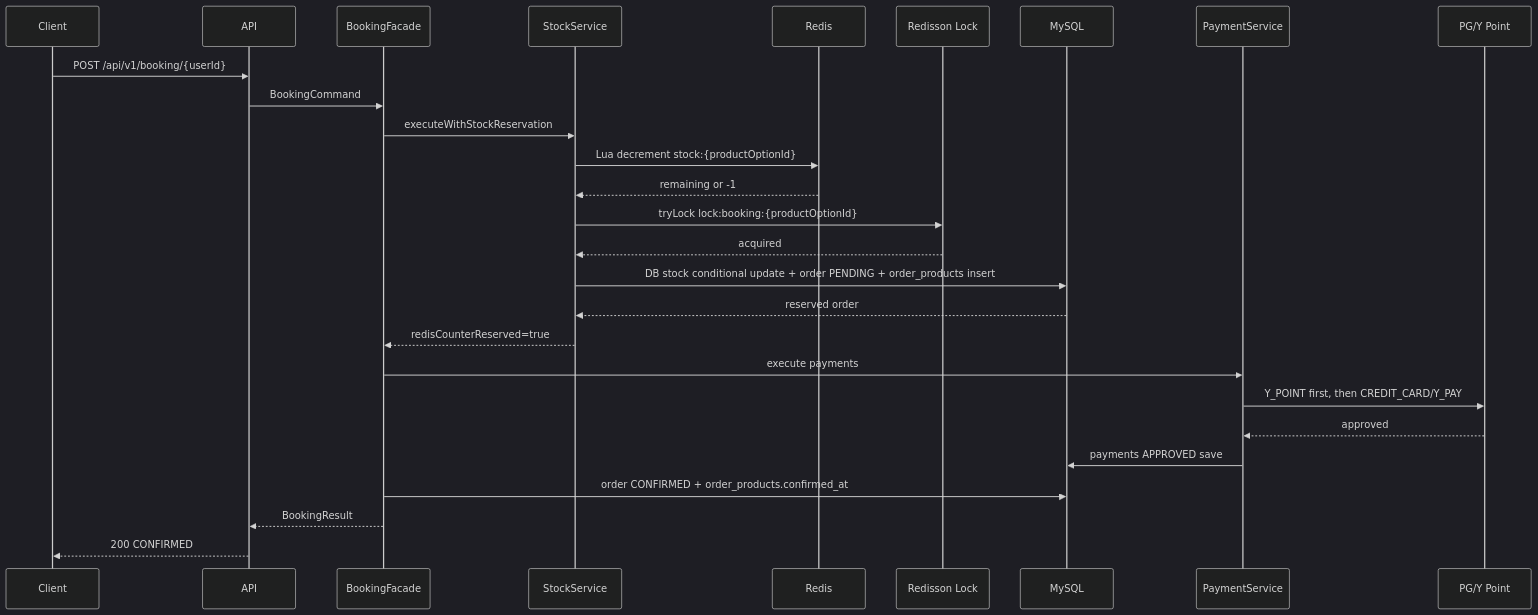
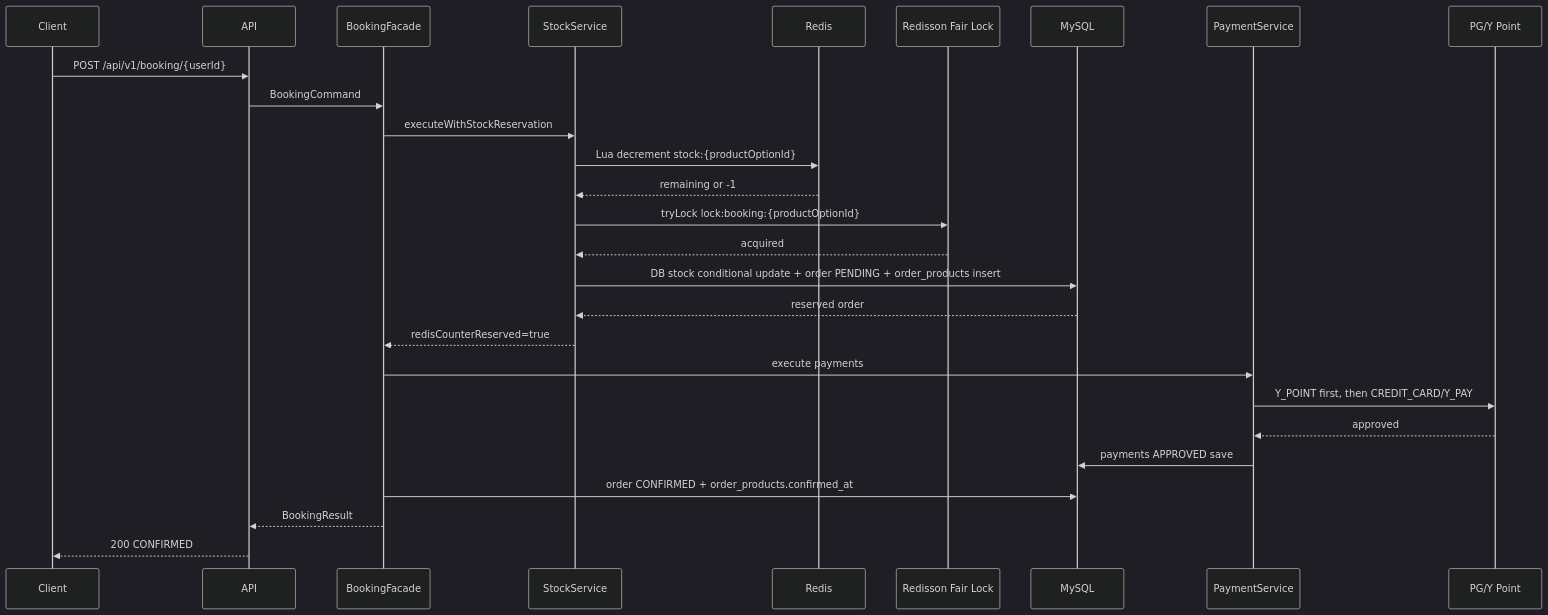
The third of 3 diagrams in docs/01-architecture.md (char-yb/fcfs-reservation-system), drawn with Mermaid (dark theme) before and after one commit. The commit also changed other lines of this file and 7 other files, not shown here.

````diff
--- a/docs/01-architecture.md
+++ b/docs/01-architecture.md
@@ -304,30 +304,30 @@
 ```mermaid
 sequenceDiagram
     participant C as Client
     participant A as API
     participant F as BookingFacade
     participant S as StockService
     participant R as Redis
-    participant L as Redisson Lock
+    participant L as Redisson Fair Lock
     participant D as MySQL
     participant P as PaymentService
     participant G as PG/Y Point
 
     C->>A: POST /api/v1/booking/{userId}
     A->>F: BookingCommand
     F->>S: executeWithStockReservation
     S->>R: Lua decrement stock:{productOptionId}
     R-->>S: remaining or -1
     S->>L: tryLock lock:booking:{productOptionId}
     L-->>S: acquired
     S->>D: DB stock conditional update + order PENDING + order_products insert
     D-->>S: reserved order
     S-->>F: redisCounterReserved=true
     F->>P: execute payments
     P->>G: Y_POINT first, then CREDIT_CARD/Y_PAY
     G-->>P: approved
     P->>D: payments APPROVED save
     F->>D: order CONFIRMED + order_products.confirmed_at
     F-->>A: BookingResult
     A-->>C: 200 CONFIRMED
 ```
````
